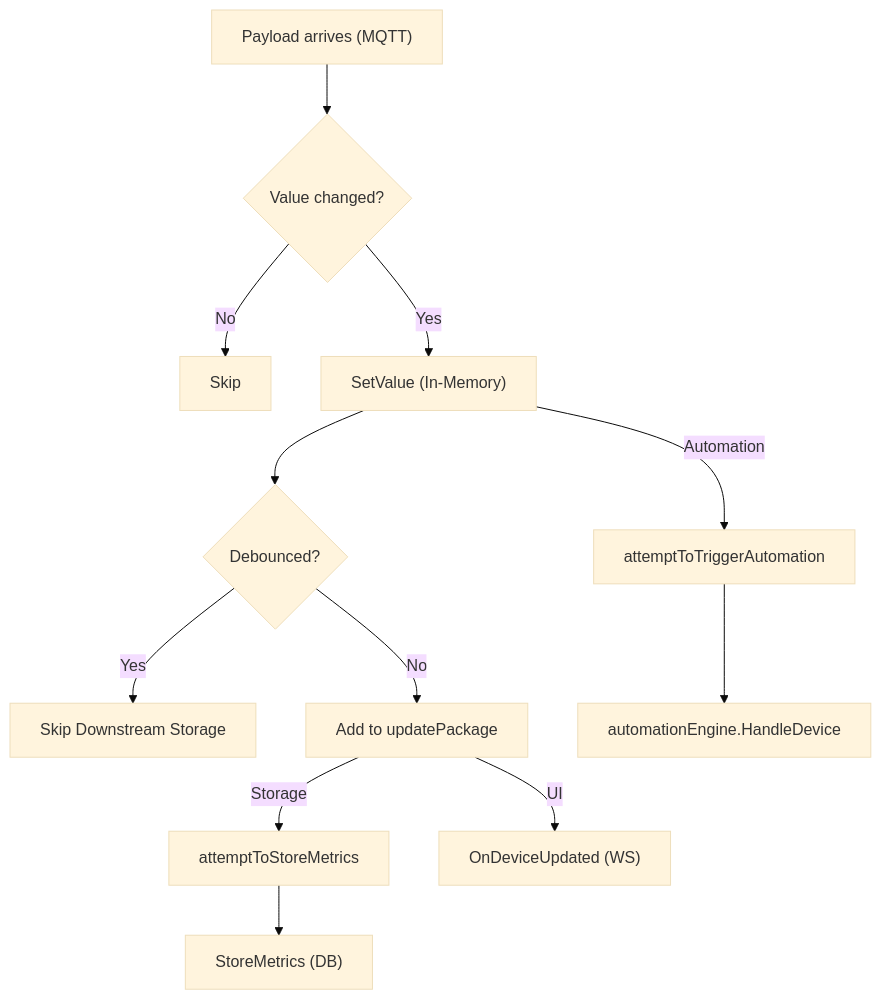
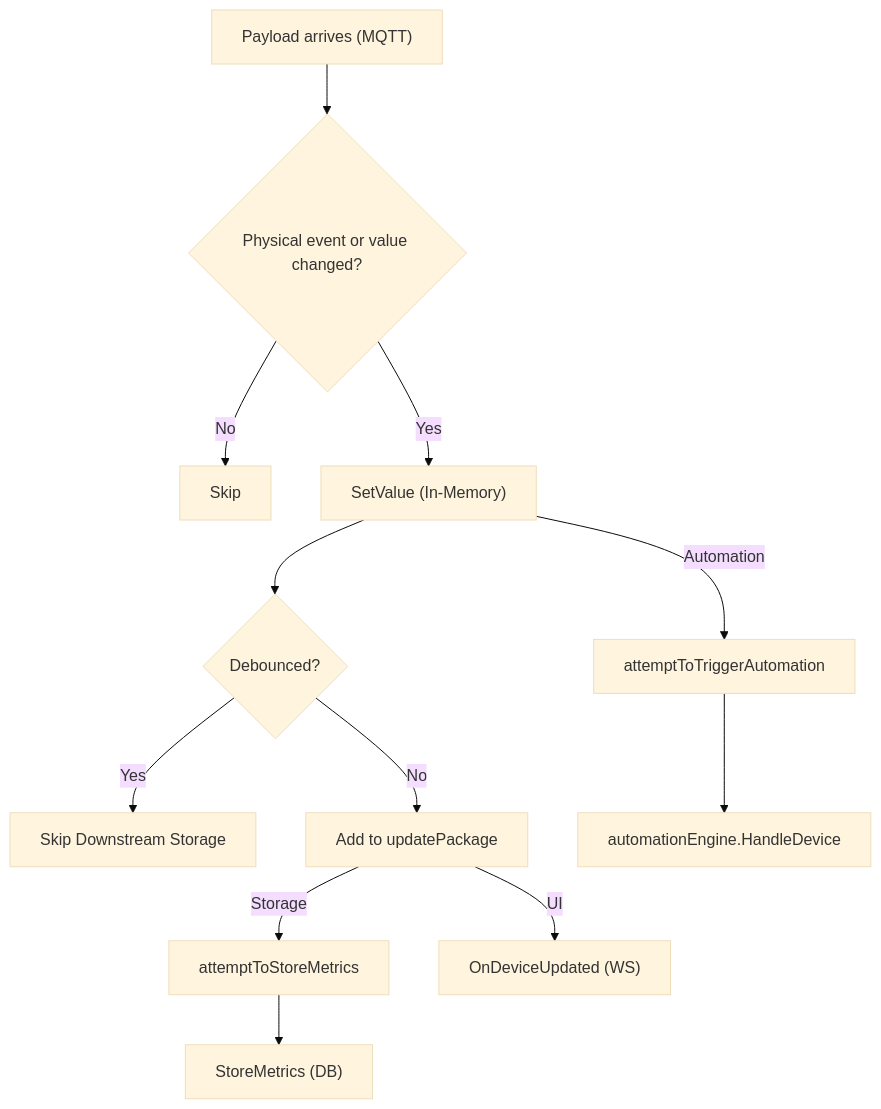
The diagram in backend/docs/architecture.md (mikeathan/nodeherder), drawn with Mermaid (base theme) before and after one commit. The commit also changed other lines of this file and 87 other files, not shown here.

````diff
--- a/backend/docs/architecture.md
+++ b/backend/docs/architecture.md
@@ -11,19 +11,19 @@
 ```mermaid
 flowchart TD
-    A["Payload arrives (MQTT)"] --> B{"Value changed?"}
+    A["Payload arrives (MQTT)"] --> B{"Physical event or value changed?"}
     B -->|No| SKIP["Skip"]
     B -->|Yes| C["SetValue (In-Memory)"]
     C --> D{"Debounced?"}
     D -->|Yes| E["Skip Downstream Storage"]
     D -->|No| F["Add to updatePackage"]
 
     %% Automation always triggers on real changes regardless of debounce
     C -->|Automation| G["attemptToTriggerAutomation"]
     G --> H["automationEngine.HandleDevice"]
 
     %% Storage and UI use the debounced updatePackage
     F -->|Storage| I["attemptToStoreMetrics"]
     I --> J["StoreMetrics (DB)"]
 
     F -->|UI| K["OnDeviceUpdated (WS)"]
 ```
````
